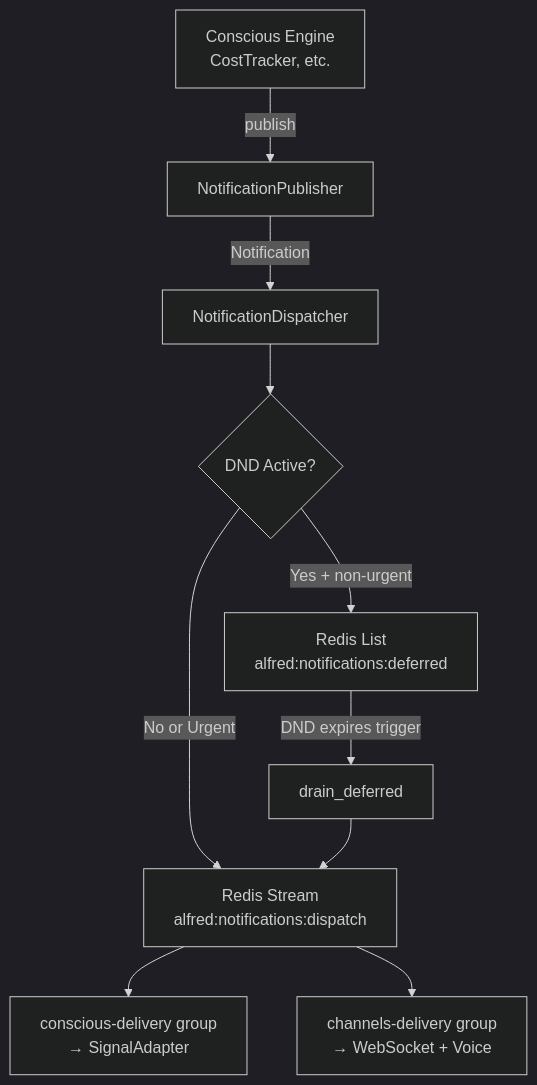
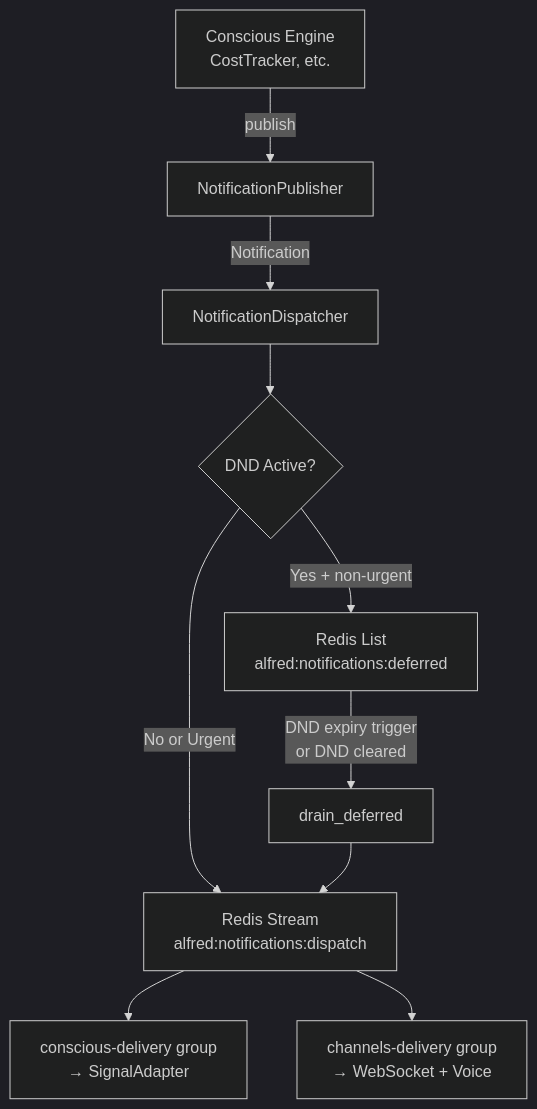
Before and after one commit to anirudhlath/alfred: the diagram in docs/notifications.md, drawn with Mermaid (dark theme). The commit also changed other lines of this file and 5 other files, not shown here.

Commit message:
fix(notifications): drain the held-back queue when do-not-disturb is cleared (#251)

````diff
--- a/docs/notifications.md
+++ b/docs/notifications.md
@@ -11,12 +11,12 @@
 ```mermaid
 graph TD
     CE[Conscious Engine<br/>CostTracker, etc.] -->|publish| NP[NotificationPublisher]
     NP -->|Notification| ND[NotificationDispatcher]
     ND --> DND{DND Active?}
     DND -->|Yes + non-urgent| DEFER[Redis List<br/>alfred:notifications:deferred]
     DND -->|No or Urgent| STREAM[Redis Stream<br/>alfred:notifications:dispatch]
     STREAM --> CG1[conscious-delivery group<br/>→ SignalAdapter]
     STREAM --> CG2[channels-delivery group<br/>→ WebSocket + Voice]
-    DEFER -->|DND expires trigger| DRAIN[drain_deferred]
+    DEFER -->|DND expiry trigger<br/>or DND cleared| DRAIN[drain_deferred]
     DRAIN --> STREAM
 ```
````
